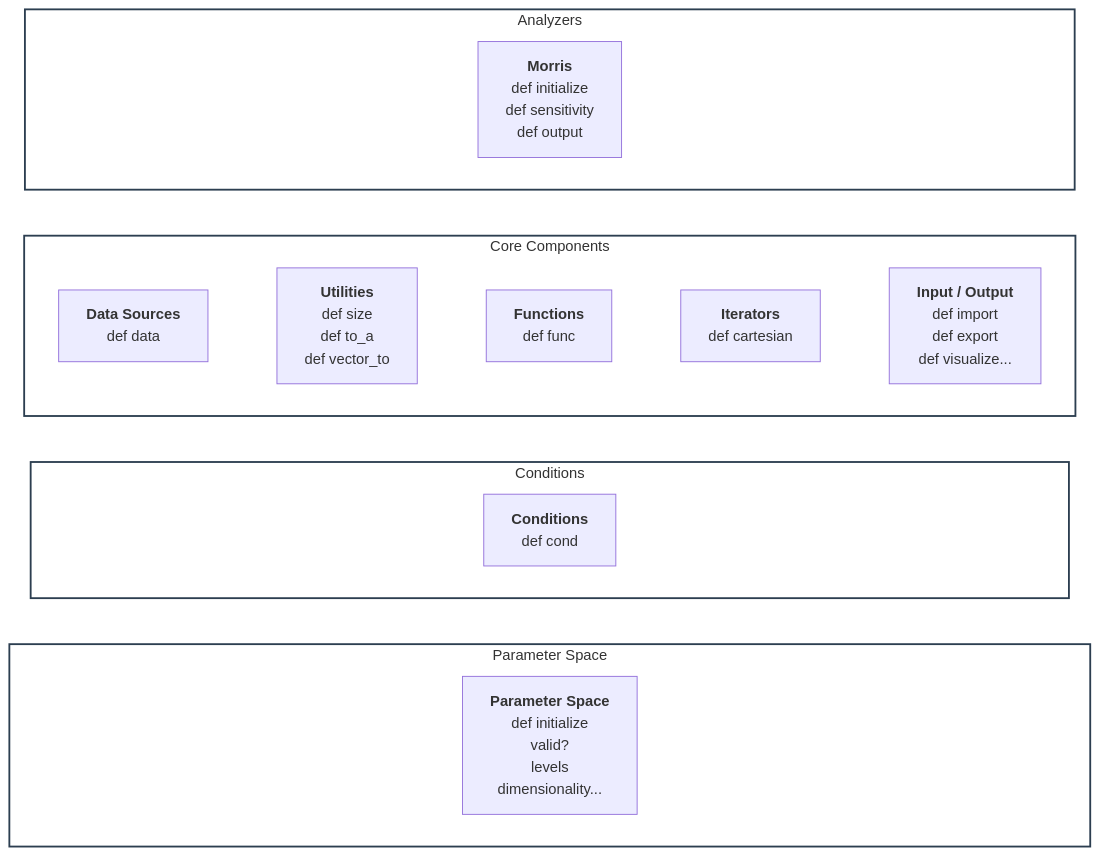
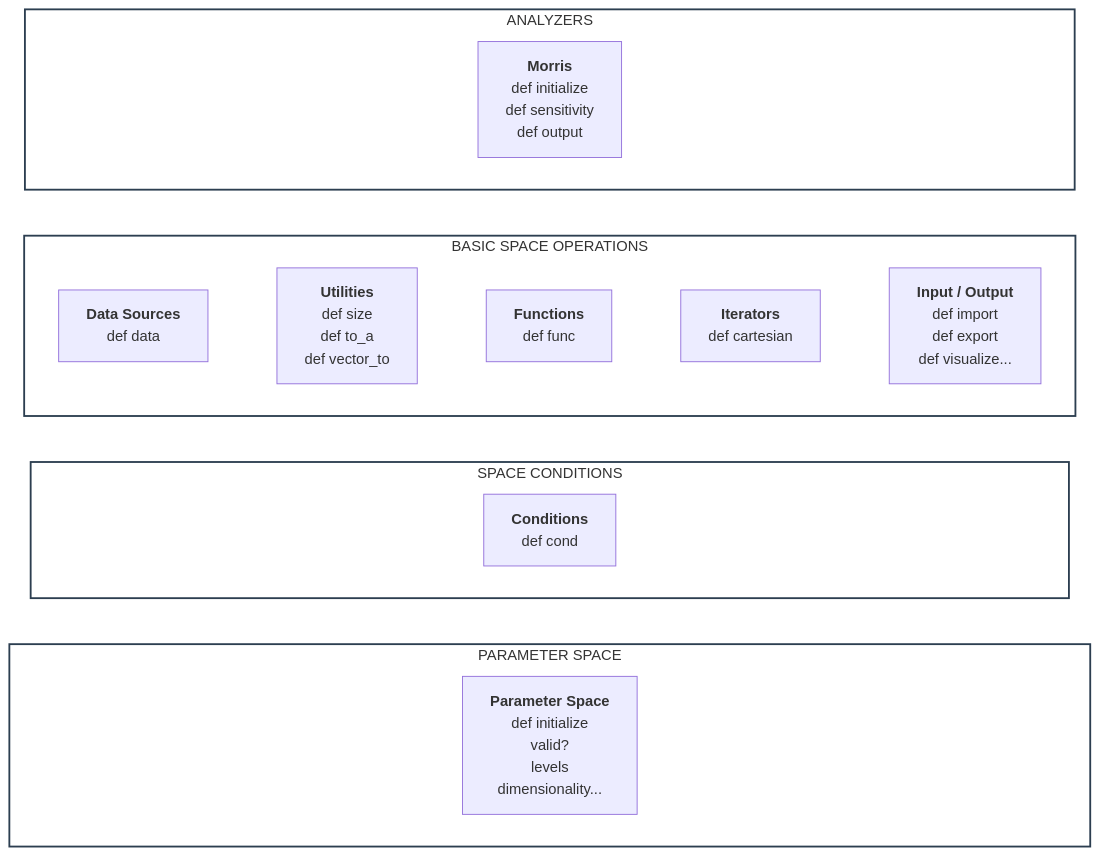
The diagram in docs/api/api.md (Yuri-Rassokhin/flex-cartesian), drawn with Mermaid before and after one commit.

Commit message:
updated: API documentation

````diff
--- a/docs/api/api.md
+++ b/docs/api/api.md
@@ -1,31 +1,31 @@
 ```mermaid
 flowchart TB
     classDef layer fill:#ffffff,stroke:#2c3e50,stroke-width:2px;
     classDef ghost fill:transparent,stroke:transparent,color:transparent;
 
-    subgraph Analyzers ["Analyzers"]
+    subgraph Analyzers ["ANALYZERS"]
         direction LR
         gA1["xxxxxxxxxxxxxxxxxxxxxxxxxxxxxxxxxxxxxxxx"]:::ghost ~~~ M["<b>Morris</b><br/>def initialize<br/>def sensitivity<br/>def output"] ~~~ gA2["xxxxxxxxxxxxxxxxxxxxxxxxxxxxxxxxxxxxxxxx"]:::ghost
     end
 
-    subgraph Core ["Core Components"]
+    subgraph Core ["BASIC SPACE OPERATIONS"]
         direction LR
         DS["<b>Data Sources</b><br/>def data"] ~~~ UT["<b>Utilities</b><br/>def size<br/>def to_a<br/>def vector_to"] ~~~ FN["<b>Functions</b><br/>def func"] ~~~ IT["<b>Iterators</b><br/>def cartesian"] ~~~ IO["<b>Input / Output</b><br/>def import<br/>def export<br/>def visualize..."]
     end
 
-    subgraph Cond ["Conditions"]
+    subgraph Cond ["SPACE CONDITIONS"]
         direction LR
         gC1["xxxxxxxxxxxxxxxxxxxxxxxxxxxxxxxxxxxxxxxx"]:::ghost ~~~ C["<b>Conditions</b><br/>def cond"] ~~~ gC2["xxxxxxxxxxxxxxxxxxxxxxxxxxxxxxxxxxxxxxxx"]:::ghost
     end
 
-    subgraph Params ["Parameter Space"]
+    subgraph Params ["PARAMETER SPACE"]
         direction LR
         gP1["xxxxxxxxxxxxxxxxxxxxxxxxxxxxxxxxxxxxxxxx"]:::ghost ~~~ PS["<b>Parameter Space</b><br/>def initialize<br/>valid?<br/>levels<br/>dimensionality..."] ~~~ gP2["xxxxxxxxxxxxxxxxxxxxxxxxxxxxxxxxxxxxxxxx"]:::ghost
     end
 
     Analyzers ~~~ Core
     Core ~~~ Cond
     Cond ~~~ Params
 
     class Analyzers,Core,Cond,Params layer;
 ```
````
